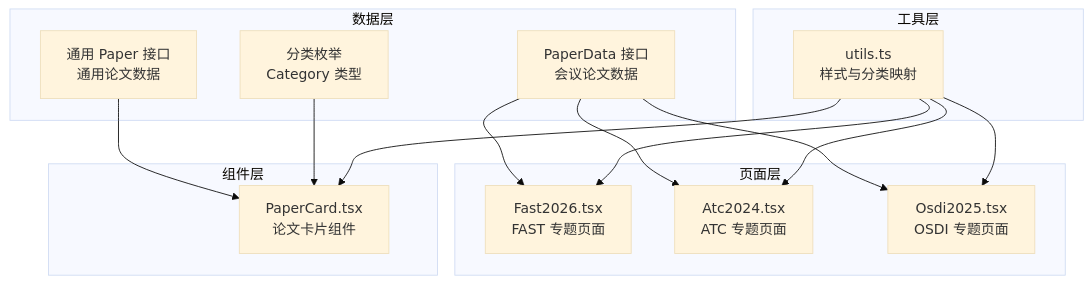
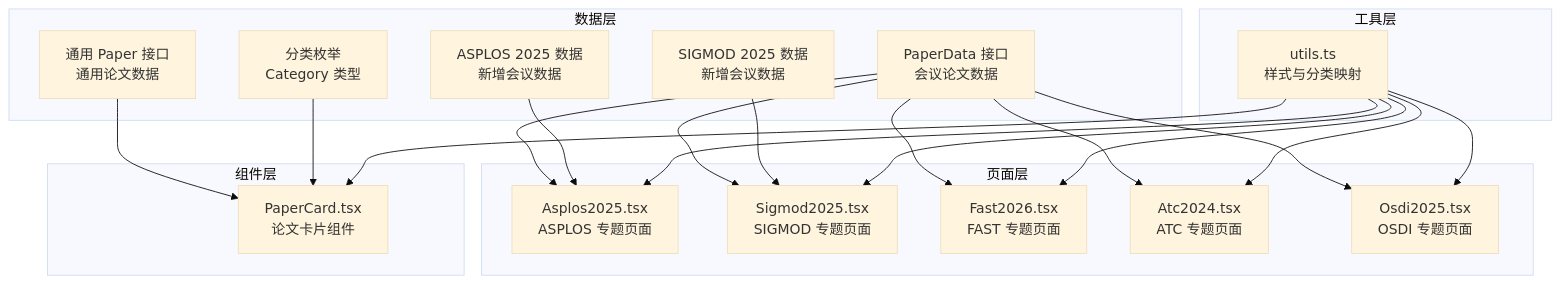
Before and after one commit to erikliu123/storage_ai_blog: the second of 7 diagrams in .qoder/repowiki/zh/content/数据模型/会议数据模型.md, drawn with Mermaid (base theme). The commit also changed other lines of this file and 84 other files, not shown here.

````diff
--- a/.qoder/repowiki/zh/content/数据模型/会议数据模型.md
+++ b/.qoder/repowiki/zh/content/数据模型/会议数据模型.md
@@ -175,28 +200,38 @@
 ```mermaid
 graph TB
 subgraph "数据层"
 D1["PaperData 接口<br/>会议论文数据"]
 D2["通用 Paper 接口<br/>通用论文数据"]
 D3["分类枚举<br/>Category 类型"]
+D4["ASPLOS 2025 数据<br/>新增会议数据"]
+D5["SIGMOD 2025 数据<br/>新增会议数据"]
 end
 subgraph "页面层"
-P1["Fast2026.tsx<br/>FAST 专题页面"]
-P2["Atc2024.tsx<br/>ATC 专题页面"]
-P3["Osdi2025.tsx<br/>OSDI 专题页面"]
+P1["Asplos2025.tsx<br/>ASPLOS 专题页面"]
+P2["Sigmod2025.tsx<br/>SIGMOD 专题页面"]
+P3["Fast2026.tsx<br/>FAST 专题页面"]
+P4["Atc2024.tsx<br/>ATC 专题页面"]
+P5["Osdi2025.tsx<br/>OSDI 专题页面"]
 end
 subgraph "组件层"
 C1["PaperCard.tsx<br/>论文卡片组件"]
 end
 subgraph "工具层"
 U1["utils.ts<br/>样式与分类映射"]
 end
 D1 --> P1
 D1 --> P2
 D1 --> P3
+D1 --> P4
+D1 --> P5
 D2 --> C1
 D3 --> C1
+D4 --> P1
+D5 --> P2
 U1 --> P1
 U1 --> P2
 U1 --> P3
+U1 --> P4
+U1 --> P5
 U1 --> C1
 ```
````
